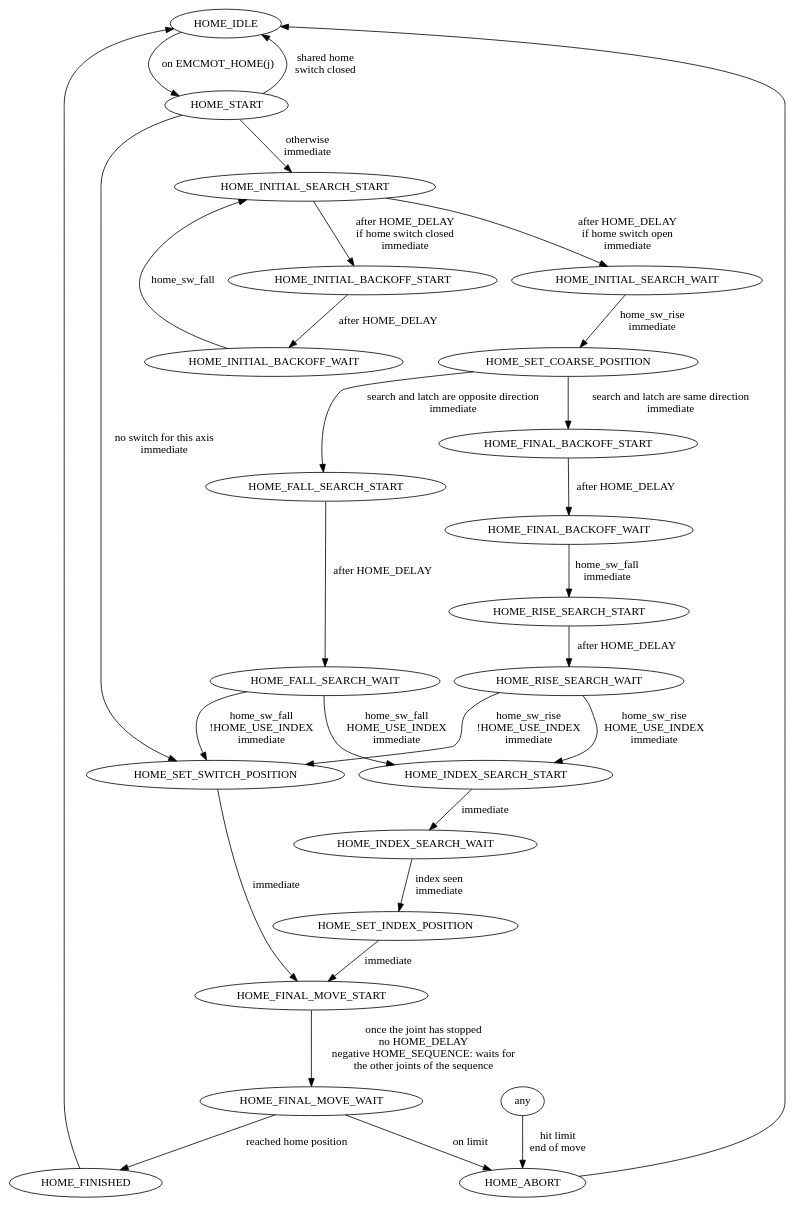
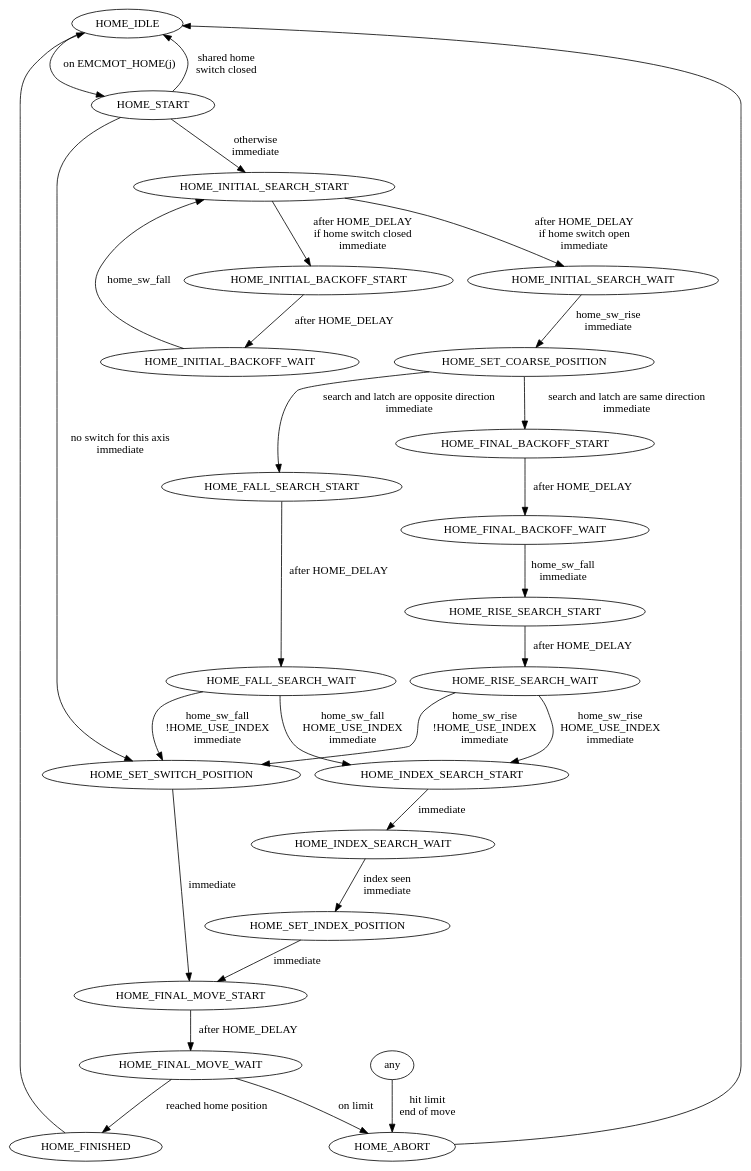
One commit to SyncTwin/linuxcnc changed the diagram in docs/src/code/homing.dot. Above: the diagram before and after it, drawn with Graphviz. The commit also changed 107 other files, not shown here.

```diff
--- a/docs/src/code/homing.dot
+++ b/docs/src/code/homing.dot
@@ -1,31 +1,31 @@
 digraph homing {
     HOME_IDLE -> HOME_START [label="on EMCMOT_HOME(j)"];
     HOME_START -> HOME_IDLE [label="shared home\nswitch closed"];
     HOME_START -> HOME_SET_SWITCH_POSITION [label="no switch for this axis\nimmediate"];
     HOME_START -> HOME_INITIAL_SEARCH_START [label="otherwise\nimmediate"];
     HOME_INITIAL_BACKOFF_START -> HOME_INITIAL_BACKOFF_WAIT [label="after HOME_DELAY"];
     HOME_INITIAL_BACKOFF_WAIT -> HOME_INITIAL_SEARCH_START [label="home_sw_fall"];
     HOME_INITIAL_SEARCH_START -> HOME_INITIAL_BACKOFF_START [label="after HOME_DELAY\nif home switch closed\nimmediate"];
     HOME_INITIAL_SEARCH_START -> HOME_INITIAL_SEARCH_WAIT [label="after HOME_DELAY\nif home switch open\nimmediate"];
     HOME_INITIAL_SEARCH_WAIT -> HOME_SET_COARSE_POSITION [label="home_sw_rise\nimmediate"];
     HOME_SET_COARSE_POSITION -> HOME_FINAL_BACKOFF_START [label="search and latch are same direction\nimmediate"]
     HOME_SET_COARSE_POSITION -> HOME_FALL_SEARCH_START [label="search and latch are opposite direction\nimmediate"]
     HOME_FINAL_BACKOFF_START -> HOME_FINAL_BACKOFF_WAIT [label="after HOME_DELAY"];
     HOME_FINAL_BACKOFF_WAIT -> HOME_RISE_SEARCH_START [label="home_sw_fall\nimmediate"];
     HOME_RISE_SEARCH_START -> HOME_RISE_SEARCH_WAIT [label="after HOME_DELAY"];
     HOME_RISE_SEARCH_WAIT -> HOME_INDEX_SEARCH_START [label="home_sw_rise\nHOME_USE_INDEX\nimmediate"]
     HOME_RISE_SEARCH_WAIT -> HOME_SET_SWITCH_POSITION [label="home_sw_rise\n!HOME_USE_INDEX\nimmediate"]
     HOME_FALL_SEARCH_START -> HOME_FALL_SEARCH_WAIT [label="after HOME_DELAY"];
     HOME_FALL_SEARCH_WAIT -> HOME_INDEX_SEARCH_START [label="home_sw_fall\nHOME_USE_INDEX\nimmediate"]
     HOME_FALL_SEARCH_WAIT -> HOME_SET_SWITCH_POSITION [label="home_sw_fall\n!HOME_USE_INDEX\nimmediate"]
     HOME_INDEX_SEARCH_START -> HOME_INDEX_SEARCH_WAIT [label="immediate"];
     HOME_INDEX_SEARCH_WAIT -> HOME_SET_INDEX_POSITION [label="index seen\nimmediate"];
     HOME_SET_SWITCH_POSITION -> HOME_FINAL_MOVE_START [label="immediate"];
     HOME_SET_INDEX_POSITION -> HOME_FINAL_MOVE_START [label="immediate"];
-    HOME_FINAL_MOVE_START -> HOME_FINAL_MOVE_WAIT [label="once the joint has stopped\nno HOME_DELAY\nnegative HOME_SEQUENCE: waits for\nthe other joints of the sequence"];
+    HOME_FINAL_MOVE_START -> HOME_FINAL_MOVE_WAIT [label="after HOME_DELAY"];
     HOME_FINAL_MOVE_WAIT -> HOME_ABORT [label="on limit"];
     HOME_FINAL_MOVE_WAIT -> HOME_FINISHED [label="reached home position"];
     HOME_FINISHED -> HOME_IDLE;
     any -> HOME_ABORT [label="hit limit\nend of move"]
     HOME_ABORT -> HOME_IDLE;
 }
```
